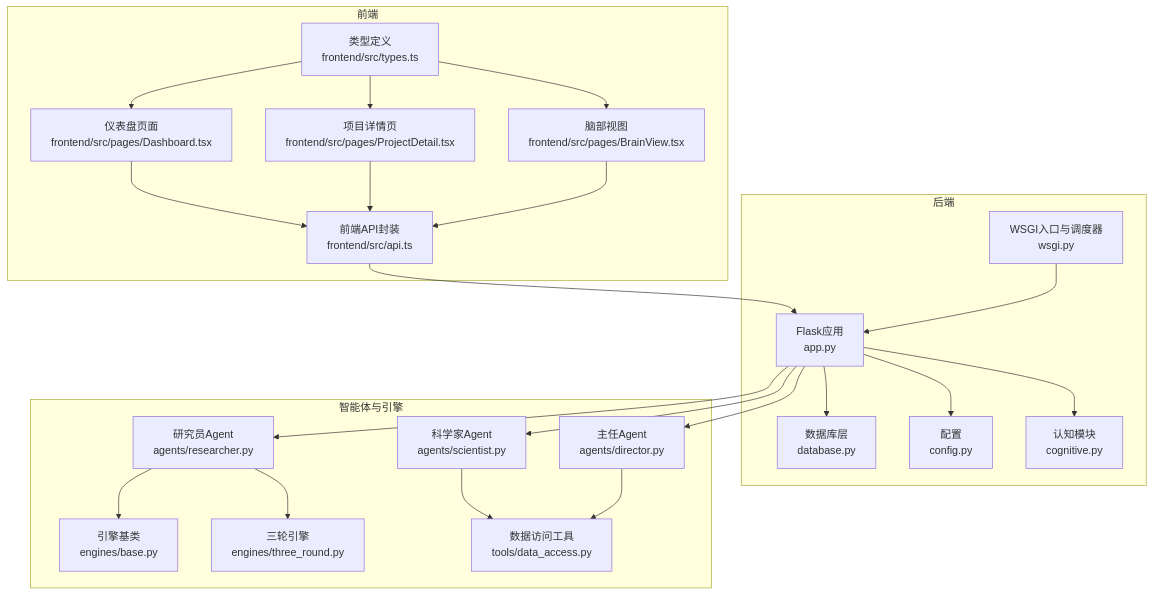
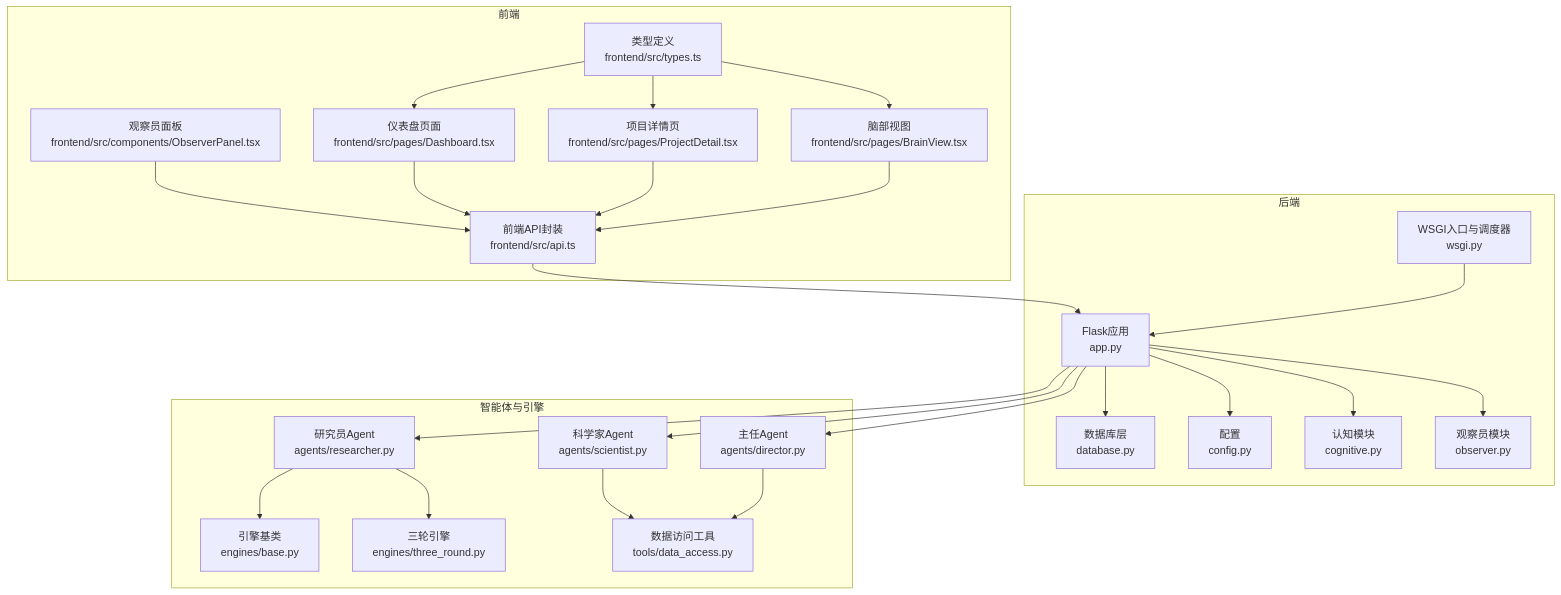
The first of 7 diagrams in .qoder/repowiki/zh/content/前端应用/API集成.md (GDY-ai/ainstein), drawn with Mermaid before and after one commit. The commit also changed other lines of this file and 19 other files, not shown here.

````diff
--- a/.qoder/repowiki/zh/content/前端应用/API集成.md
+++ b/.qoder/repowiki/zh/content/前端应用/API集成.md
@@ -61,43 +64,47 @@
 ```mermaid
 graph TB
 subgraph "前端"
 FE_API["前端API封装<br/>frontend/src/api.ts"]
 FE_TYPES["类型定义<br/>frontend/src/types.ts"]
 FE_DASH["仪表盘页面<br/>frontend/src/pages/Dashboard.tsx"]
 FE_DETAIL["项目详情页<br/>frontend/src/pages/ProjectDetail.tsx"]
 FE_BRAIN["脑部视图<br/>frontend/src/pages/BrainView.tsx"]
+FE_OBSERVER["观察员面板<br/>frontend/src/components/ObserverPanel.tsx"]
 end
 subgraph "后端"
 FLASK_APP["Flask应用<br/>app.py"]
 WSGI["WSGI入口与调度器<br/>wsgi.py"]
 DB["数据库层<br/>database.py"]
 CFG["配置<br/>config.py"]
 COG["认知模块<br/>cognitive.py"]
+OBS["观察员模块<br/>observer.py"]
 end
 subgraph "智能体与引擎"
 ENG_BASE["引擎基类<br/>engines/base.py"]
 ENG_THREE["三轮引擎<br/>engines/three_round.py"]
 AG_RESEARCH["研究员Agent<br/>agents/researcher.py"]
 AG_SCI["科学家Agent<br/>agents/scientist.py"]
 AG_DIR["主任Agent<br/>agents/director.py"]
 TOOLS["数据访问工具<br/>tools/data_access.py"]
 end
 FE_API --> FLASK_APP
 FE_TYPES --> FE_DASH
 FE_TYPES --> FE_DETAIL
 FE_TYPES --> FE_BRAIN
+FE_OBSERVER --> FE_API
 FE_DASH --> FE_API
 FE_DETAIL --> FE_API
 FE_BRAIN --> FE_API
 FLASK_APP --> DB
 FLASK_APP --> COG
+FLASK_APP --> OBS
 WSGI --> FLASK_APP
 FLASK_APP --> CFG
 FLASK_APP --> AG_RESEARCH
 FLASK_APP --> AG_SCI
 FLASK_APP --> AG_DIR
 AG_RESEARCH --> ENG_BASE
 AG_RESEARCH --> ENG_THREE
 AG_SCI --> TOOLS
 AG_DIR --> TOOLS
 ```
````
